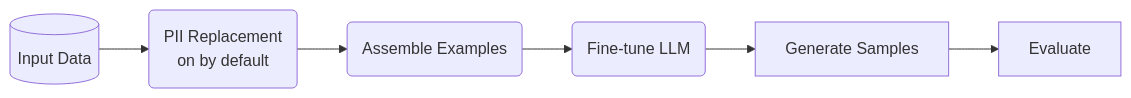
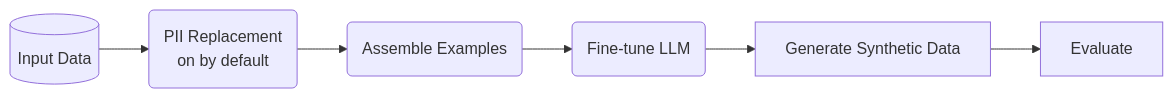
One commit to NVIDIA-NeMo/Safe-Synthesizer changed the diagram in docs/product-overview/pipeline.md. Above: the diagram before and after it, drawn with Mermaid. The commit also changed other lines of this file and 53 other files, not shown here.

````diff
--- a/docs/product-overview/pipeline.md
+++ b/docs/product-overview/pipeline.md
@@ -18,9 +18,9 @@
 ```mermaid
 flowchart LR
     data[("Input Data")]
     data --> pii("PII Replacement\non by default")
     pii --> assemble("Assemble Examples")
     assemble --> train("Fine-tune LLM")
-    train --> generate["Generate Samples"]
+    train --> generate["Generate Synthetic Data"]
     generate --> evaluate["Evaluate"]
 ```
````
